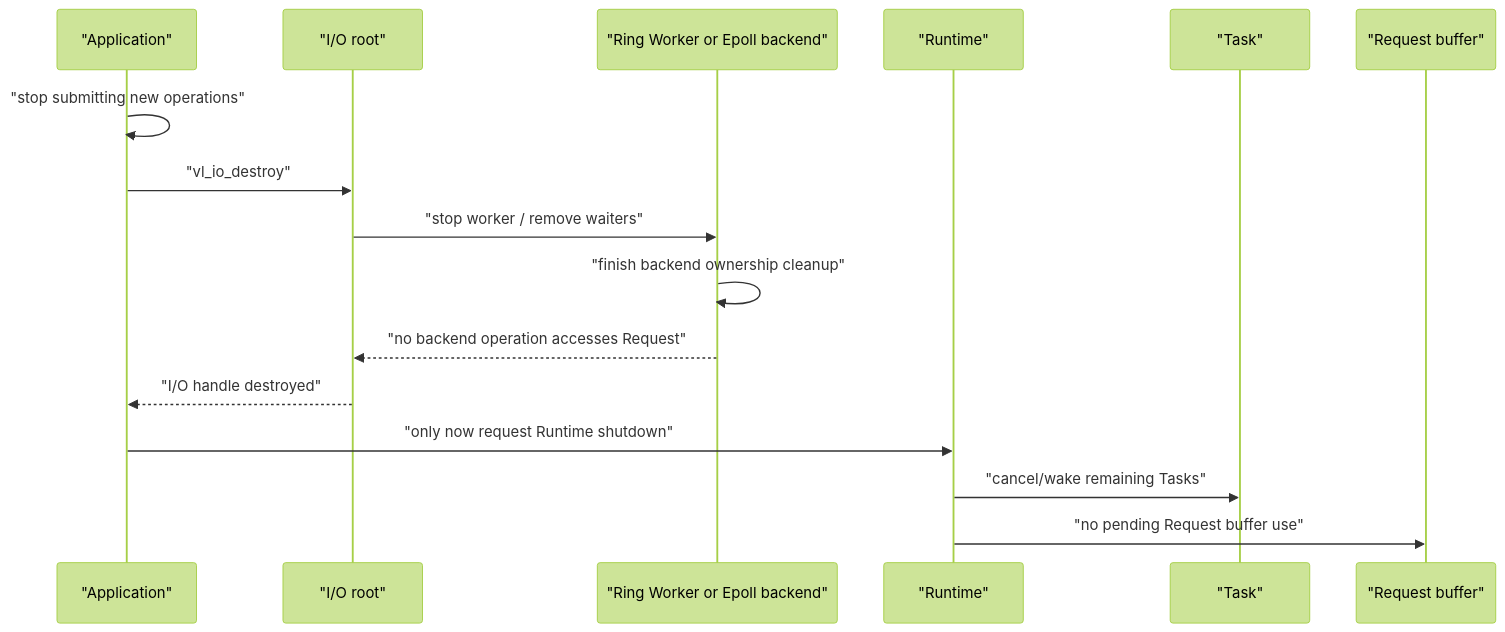
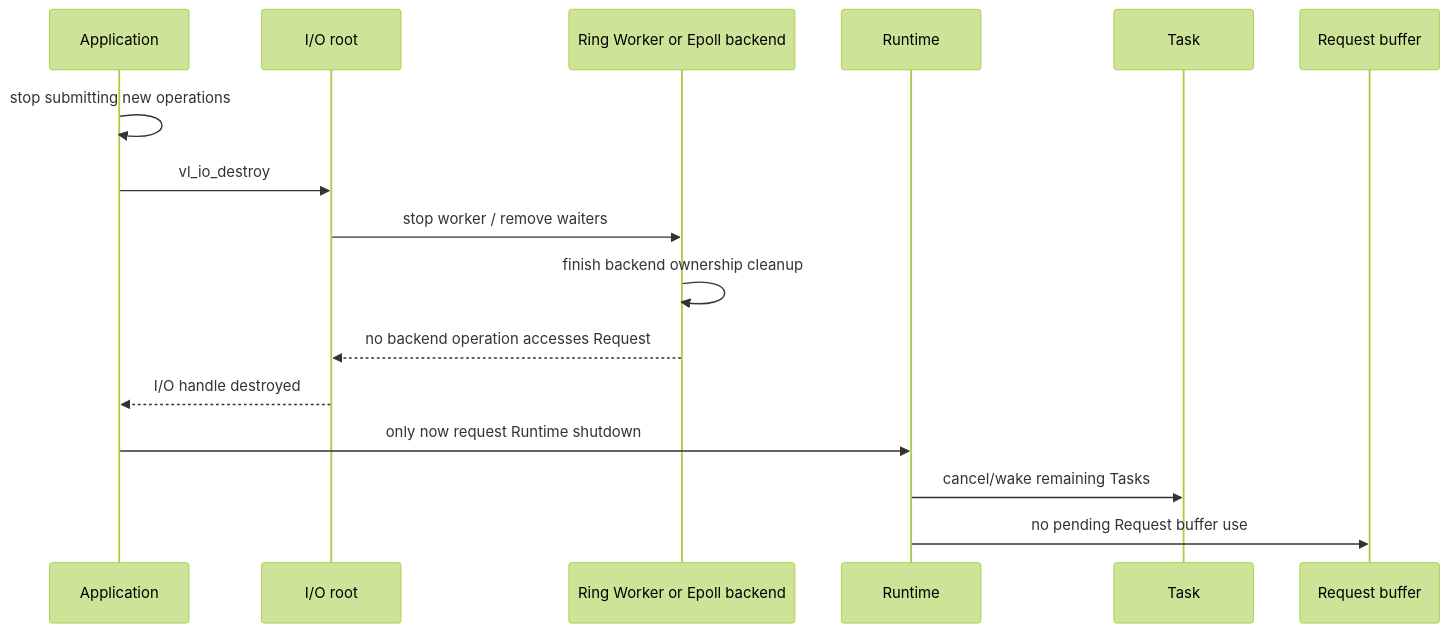
Diagram 17 of 24 in docs/domain/domain-model-and-flows.md (nobody0726/veloco), drawn with Mermaid (forest theme) before and after one commit. The commit also changed other lines of this file and 1 other file, not shown here.

First line of the commit message:
Make GitHub Mermaid diagrams render consistently

````diff
--- a/docs/domain/domain-model-and-flows.md
+++ b/docs/domain/domain-model-and-flows.md
@@ -734,19 +734,19 @@
 ```mermaid
 sequenceDiagram
-    participant A as "Application"
-    participant I as "I/O root"
-    participant W as "Ring Worker or Epoll backend"
-    participant R as "Runtime"
-    participant G as "Task"
-    participant B as "Request buffer"
+    participant A as Application
+    participant I as I/O root
+    participant W as Ring Worker or Epoll backend
+    participant R as Runtime
+    participant G as Task
+    participant B as Request buffer
 
-    A->>A: "stop submitting new operations"
-    A->>I: "vl_io_destroy"
-    I->>W: "stop worker / remove waiters"
-    W->>W: "finish backend ownership cleanup"
-    W-->>I: "no backend operation accesses Request"
-    I-->>A: "I/O handle destroyed"
-    A->>R: "only now request Runtime shutdown"
-    R->>G: "cancel/wake remaining Tasks"
-    R->>B: "no pending Request buffer use"
+    A->>A: stop submitting new operations
+    A->>I: vl_io_destroy
+    I->>W: stop worker / remove waiters
+    W->>W: finish backend ownership cleanup
+    W-->>I: no backend operation accesses Request
+    I-->>A: I/O handle destroyed
+    A->>R: only now request Runtime shutdown
+    R->>G: cancel/wake remaining Tasks
+    R->>B: no pending Request buffer use
 ```
````
